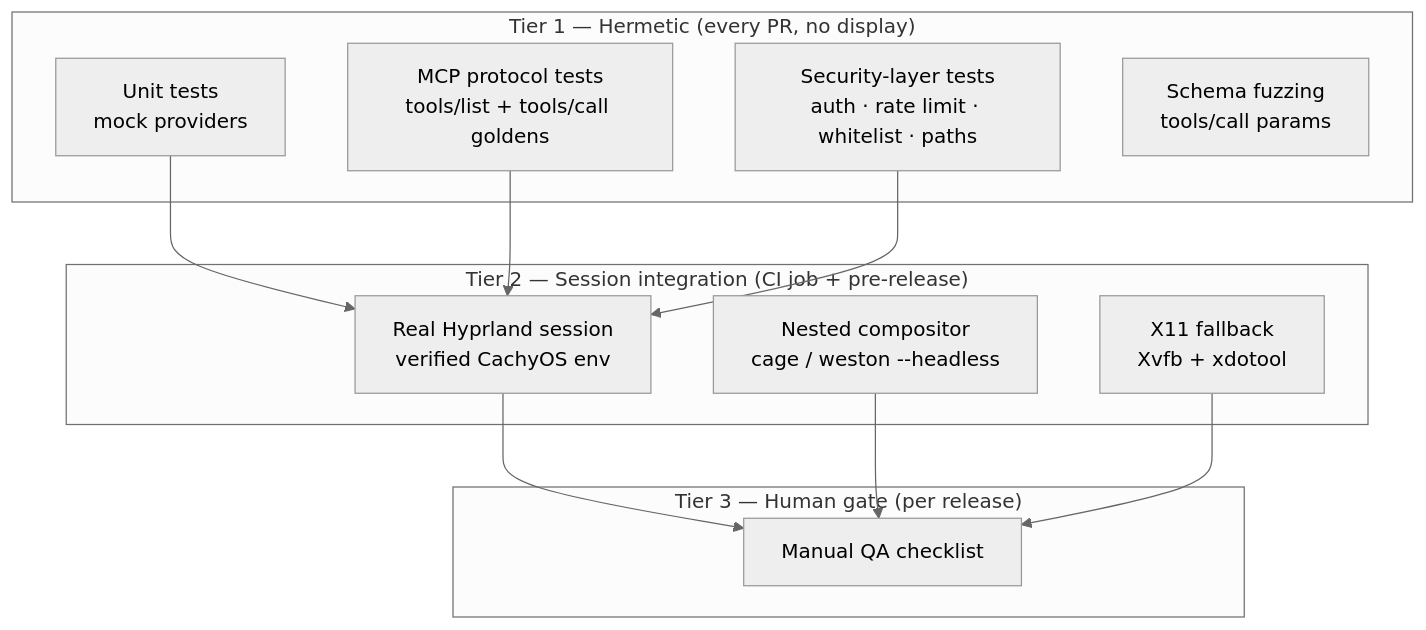
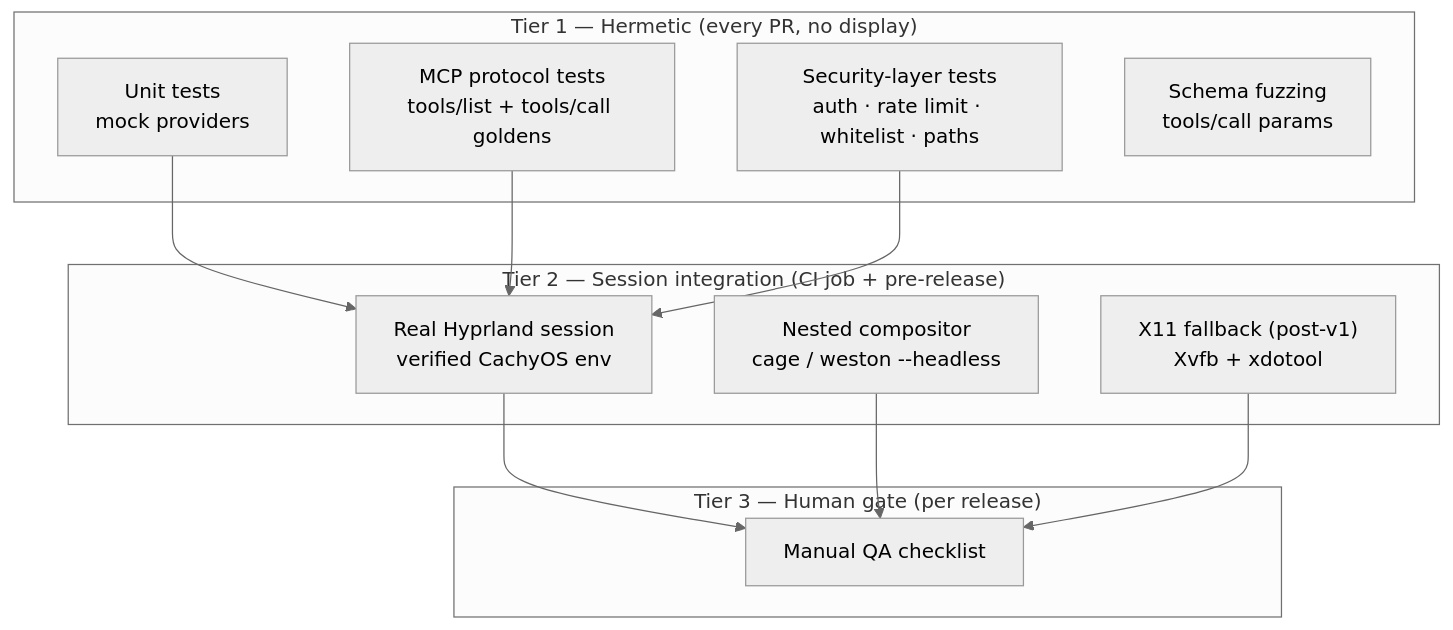
Before and after one commit to jxoesneon/ultranix-mcp: the diagram in docs/TESTING_STRATEGY.md, drawn with Mermaid (neutral theme). The commit also changed other lines of this file and 51 other files, not shown here.

````diff
--- a/docs/TESTING_STRATEGY.md
+++ b/docs/TESTING_STRATEGY.md
@@ -13,26 +14,26 @@
 ```mermaid
 graph TB
     subgraph "Tier 1 — Hermetic (every PR, no display)"
         UNIT[Unit tests<br/>mock providers]
         PROTO[MCP protocol tests<br/>tools/list + tools/call goldens]
         SEC[Security-layer tests<br/>auth · rate limit · whitelist · paths]
         FUZZ[Schema fuzzing<br/>tools/call params]
     end
 
     subgraph "Tier 2 — Session integration (CI job + pre-release)"
         HYPR[Real Hyprland session<br/>verified CachyOS env]
         NESTED[Nested compositor<br/>cage / weston --headless]
-        XVFB[X11 fallback<br/>Xvfb + xdotool]
+        XVFB["X11 fallback (post-v1)<br/>Xvfb + xdotool"]
     end
 
     subgraph "Tier 3 — Human gate (per release)"
         QA[Manual QA checklist]
     end
 
     UNIT --> HYPR
     PROTO --> HYPR
     SEC --> HYPR
     HYPR --> QA
     NESTED --> QA
     XVFB --> QA
 ```
````
